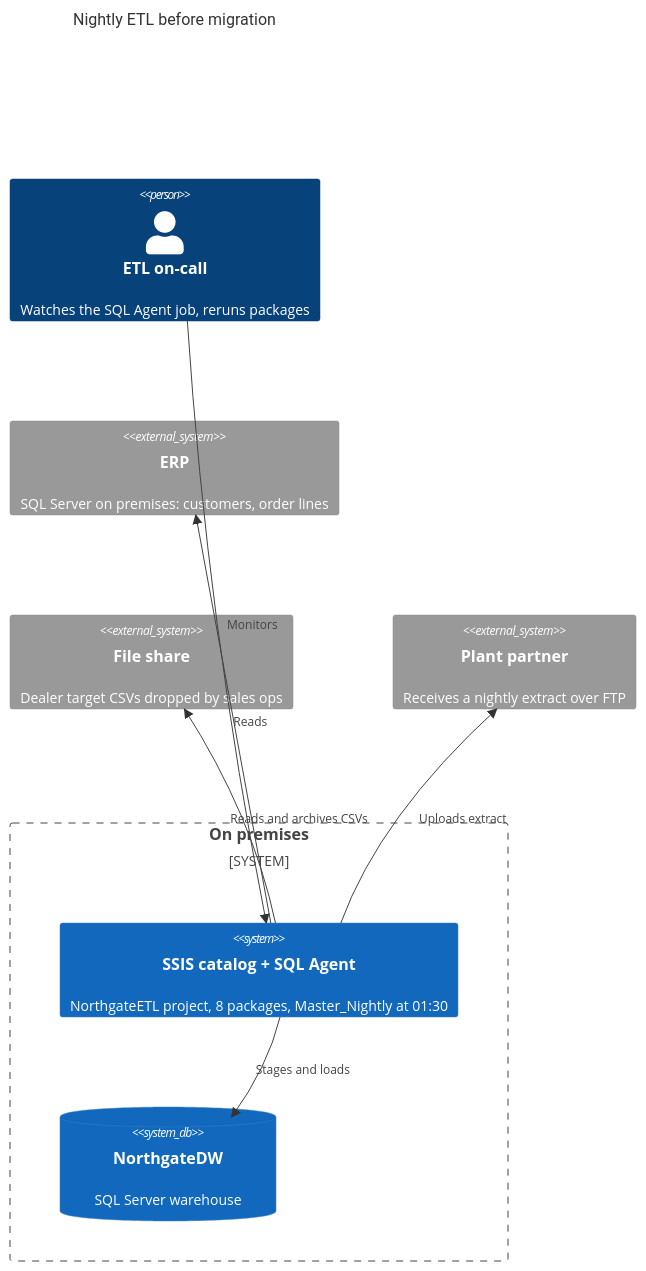
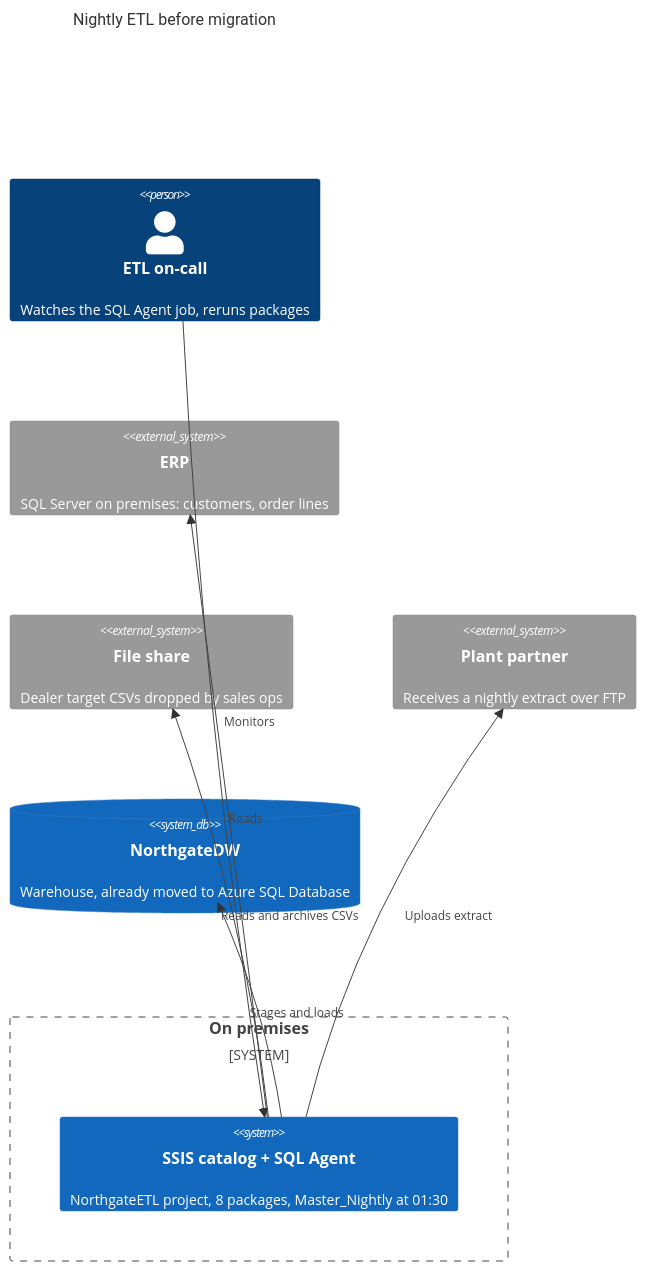
The first of 2 diagrams in docs/architecture/c4-context.md (hariswhat/ssis-to-adf-migration-playbook), drawn with Mermaid before and after one commit. The commit also changed 14 other files, not shown here.

````diff
--- a/docs/architecture/c4-context.md
+++ b/docs/architecture/c4-context.md
@@ -9,20 +9,20 @@
 ```mermaid
 C4Context
     title Nightly ETL before migration
 
     Person(ops, "ETL on-call", "Watches the SQL Agent job, reruns packages")
     System_Ext(erp, "ERP", "SQL Server on premises: customers, order lines")
     System_Ext(share, "File share", "Dealer target CSVs dropped by sales ops")
     System_Ext(partner, "Plant partner", "Receives a nightly extract over FTP")
 
     System_Boundary(onprem, "On premises") {
         System(ssis, "SSIS catalog + SQL Agent", "NorthgateETL project, 8 packages, Master_Nightly at 01:30")
-        SystemDb(dw, "NorthgateDW", "SQL Server warehouse")
     }
+    SystemDb(dw, "NorthgateDW", "Warehouse, already moved to Azure SQL Database")
 
     Rel(ssis, erp, "Reads")
     Rel(ssis, share, "Reads and archives CSVs")
     Rel(ssis, dw, "Stages and loads")
     Rel(ssis, partner, "Uploads extract")
     Rel(ops, ssis, "Monitors")
 ```
````
